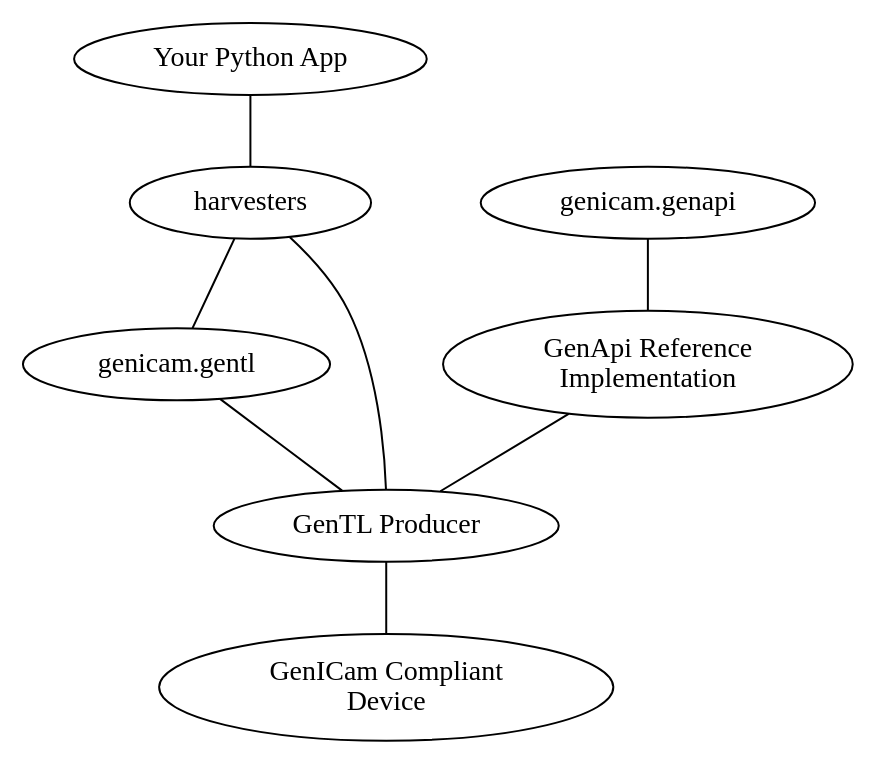
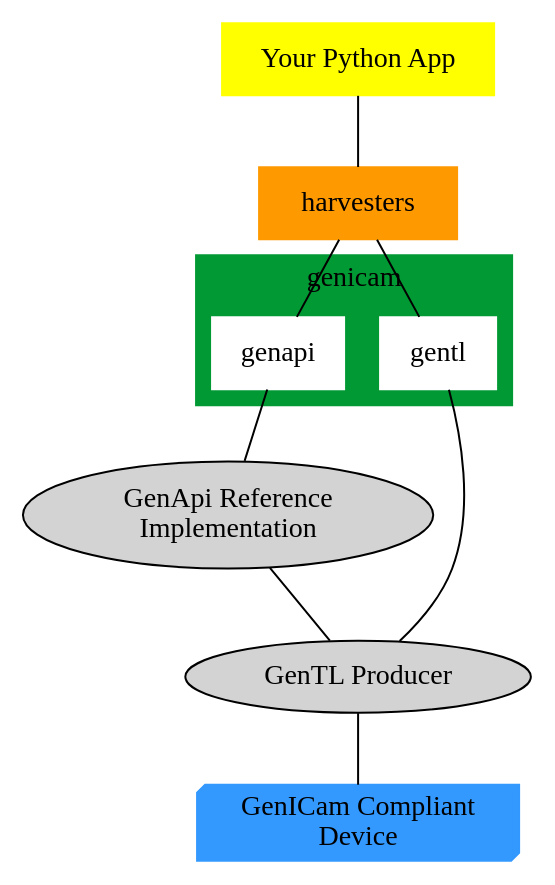
Before and after one commit to genicam/harvesters: the diagram in harvester.dot, drawn with Graphviz. The commit also changed 1 other file, not shown here.

Commit message:
Go with a good-old regular diagram :-)

```diff
--- a/harvester.dot
+++ b/harvester.dot
@@ -1,17 +1,27 @@
 digraph G {
-  c [label="Your Python App"]
-  h [label="harvesters"]
-  a [label="genicam.genapi"]
-  t [label="genicam.gentl"]
+  node [style=filled]
+
+  subgraph cluster {
+    style=filled;
+    color="#009933";
+    node [shape="box",color=white];
+    a [label="genapi", shape="box", fontname="consolas"]
+    t [label="gentl", shape="box", fontname="consolas"]
+    label = "genicam";
+    fontname="consolas";
+  }
+  
+  c [label="Your Python App", shape="box", color="#ffff00"]
+  h [label="harvesters", shape="box", fontname="consolas", color="#ff9900"]
   p [label="GenTL Producer"]
   r [label="GenApi Reference\nImplementation"]
-  d [label="GenICam Compliant\nDevice"]
+  d [label="GenICam Compliant\nDevice", shape="box3d", color="#3399ff"]
 
   c -> h [arrowhead=none];
-  h -> p [arrowhead=none];
+  h -> a [arrowhead=none];
   h -> t [arrowhead=none];
   t -> p [arrowhead=none];
   a -> r [arrowhead=none];
   r -> p [arrowhead=none];
   p -> d [arrowhead=none];
 }
```
